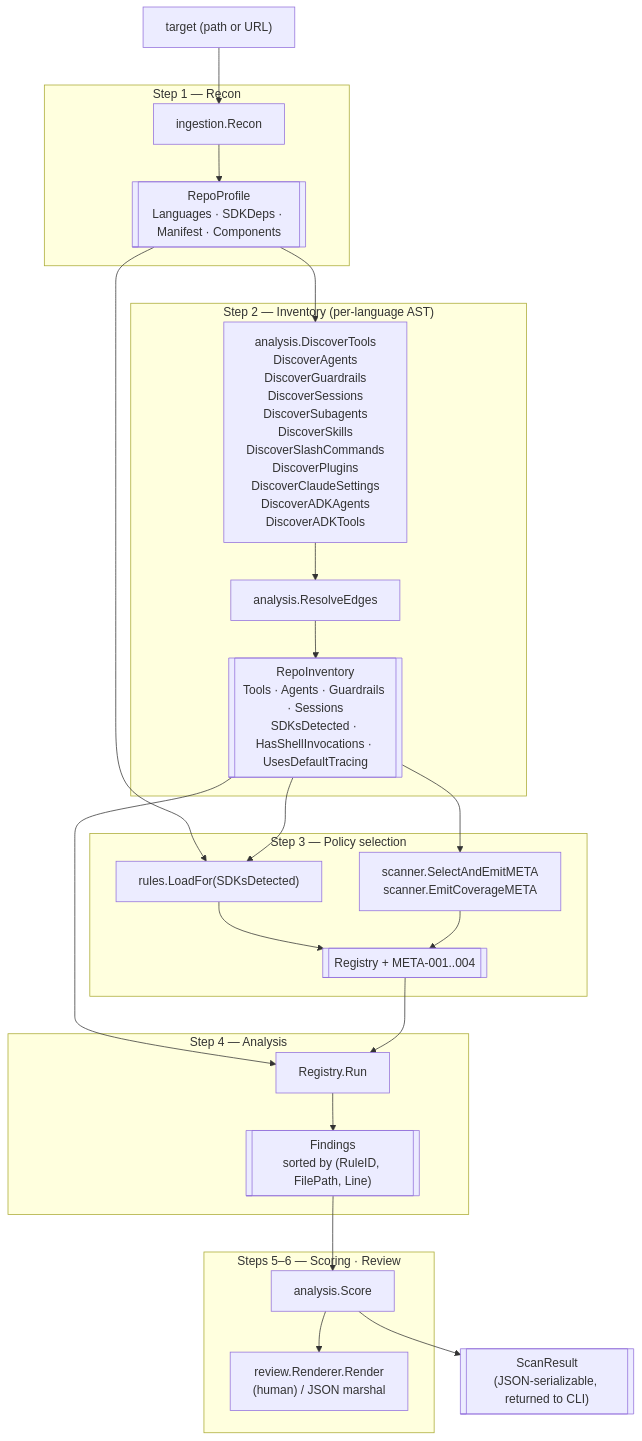
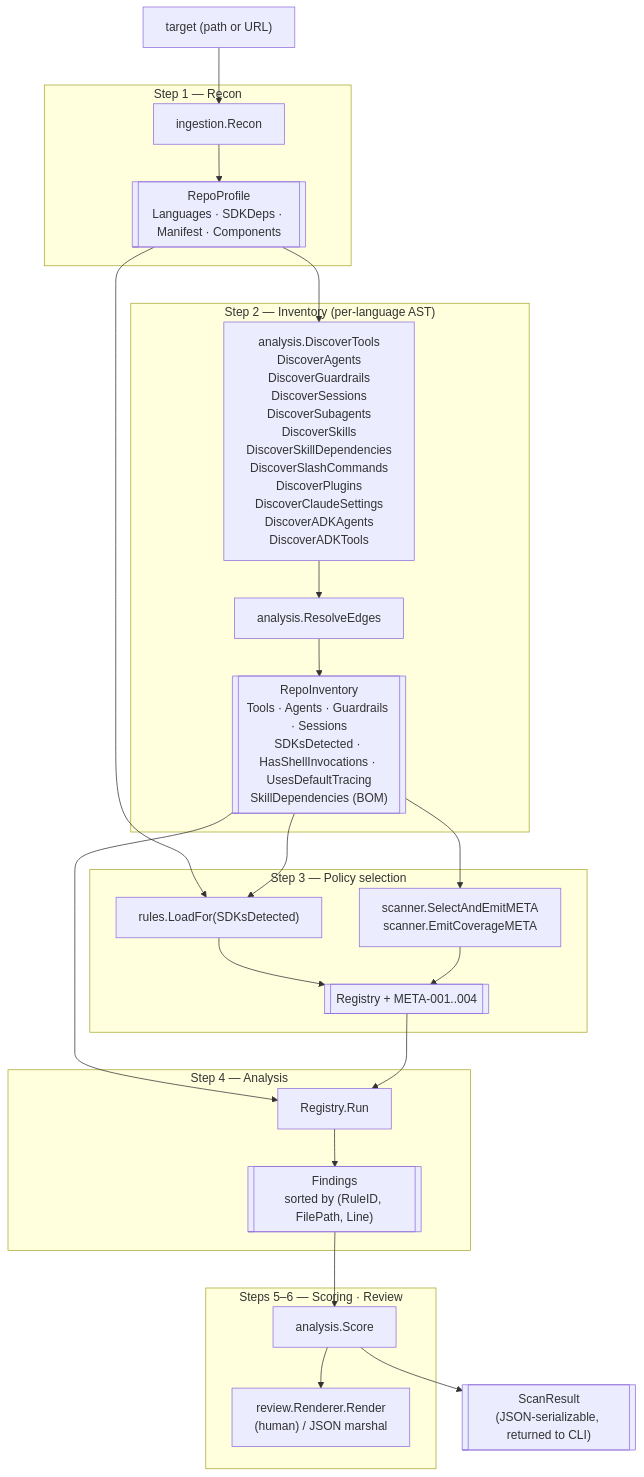
Before and after one commit to trustabl/trustabl: the first of 4 diagrams in ARCHITECTURE.md, drawn with Mermaid. The commit also changed other lines of this file and 10 other files, not shown here.

First line of the commit message:
feat(scanner): emit skill dependency BOM + --bom-out CycloneDX export

````diff
--- a/ARCHITECTURE.md
+++ b/ARCHITECTURE.md
@@ -312,49 +312,49 @@
 ```mermaid
 flowchart TD
     target["target (path or URL)"]
 
     subgraph S1["Step 1 — Recon"]
         recon["ingestion.Recon"]
         profile[["RepoProfile<br/>Languages · SDKDeps · Manifest · Components"]]
         recon --> profile
     end
 
     subgraph S2["Step 2 — Inventory (per-language AST)"]
-        disc["analysis.DiscoverTools<br/>DiscoverAgents<br/>DiscoverGuardrails<br/>DiscoverSessions<br/>DiscoverSubagents<br/>DiscoverSkills<br/>DiscoverSlashCommands<br/>DiscoverPlugins<br/>DiscoverClaudeSettings<br/>DiscoverADKAgents<br/>DiscoverADKTools"]
+        disc["analysis.DiscoverTools<br/>DiscoverAgents<br/>DiscoverGuardrails<br/>DiscoverSessions<br/>DiscoverSubagents<br/>DiscoverSkills<br/>DiscoverSkillDependencies<br/>DiscoverSlashCommands<br/>DiscoverPlugins<br/>DiscoverClaudeSettings<br/>DiscoverADKAgents<br/>DiscoverADKTools"]
         edges["analysis.ResolveEdges"]
-        inv[["RepoInventory<br/>Tools · Agents · Guardrails · Sessions<br/>SDKsDetected · HasShellInvocations · UsesDefaultTracing"]]
+        inv[["RepoInventory<br/>Tools · Agents · Guardrails · Sessions<br/>SDKsDetected · HasShellInvocations · UsesDefaultTracing<br/>SkillDependencies (BOM)"]]
         disc --> edges --> inv
     end
 
     subgraph S3["Step 3 — Policy selection"]
         loadfor["rules.LoadFor(SDKsDetected)"]
         meta["scanner.SelectAndEmitMETA<br/>scanner.EmitCoverageMETA"]
         reg[["Registry + META-001..004"]]
         loadfor --> reg
         meta --> reg
     end
 
     subgraph S4["Step 4 — Analysis"]
         run["Registry.Run"]
         findings[["Findings<br/>sorted by (RuleID, FilePath, Line)"]]
         run --> findings
     end
 
     subgraph S56["Steps 5–6 — Scoring · Review"]
         score["analysis.Score"]
         render["review.Renderer.Render<br/>(human) / JSON marshal"]
         score --> render
     end
 
     result[["ScanResult<br/>(JSON-serializable, returned to CLI)"]]
 
     target --> recon
     profile --> disc
     profile --> loadfor
     inv --> loadfor
     inv --> meta
     inv --> run
     reg --> run
     findings --> score
     score --> result
 ```
````
